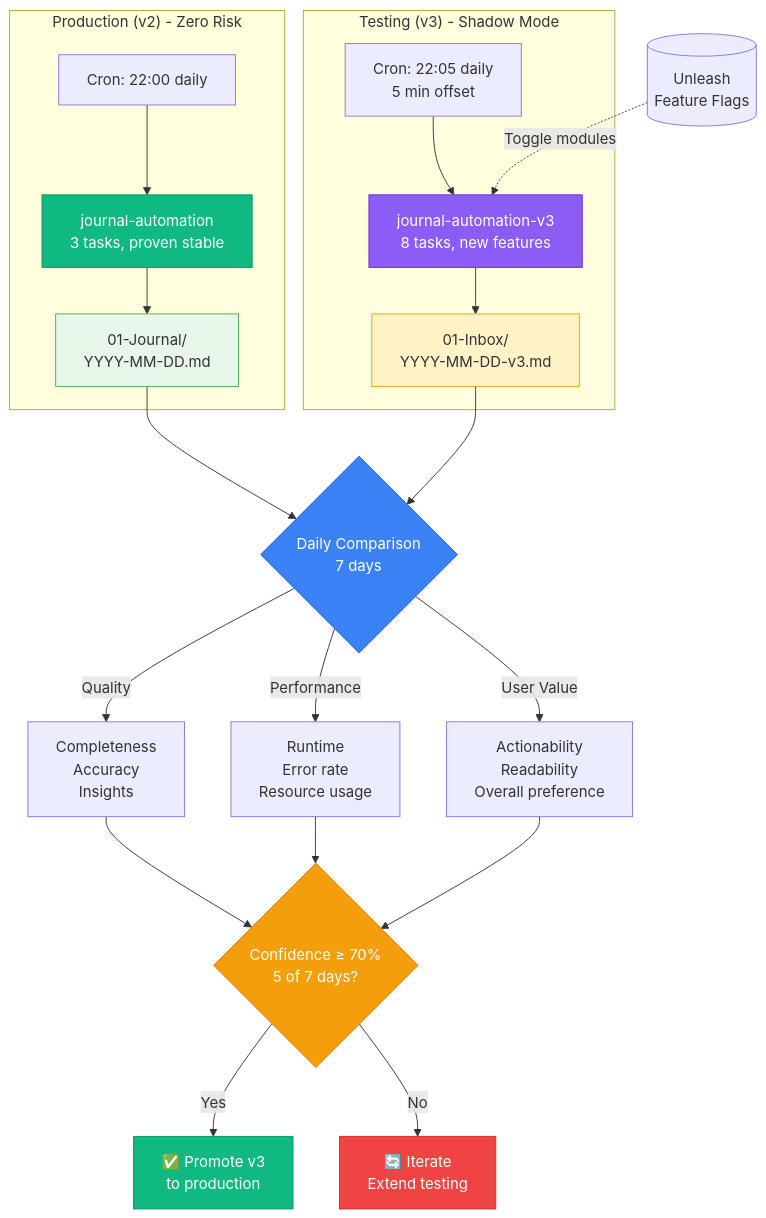
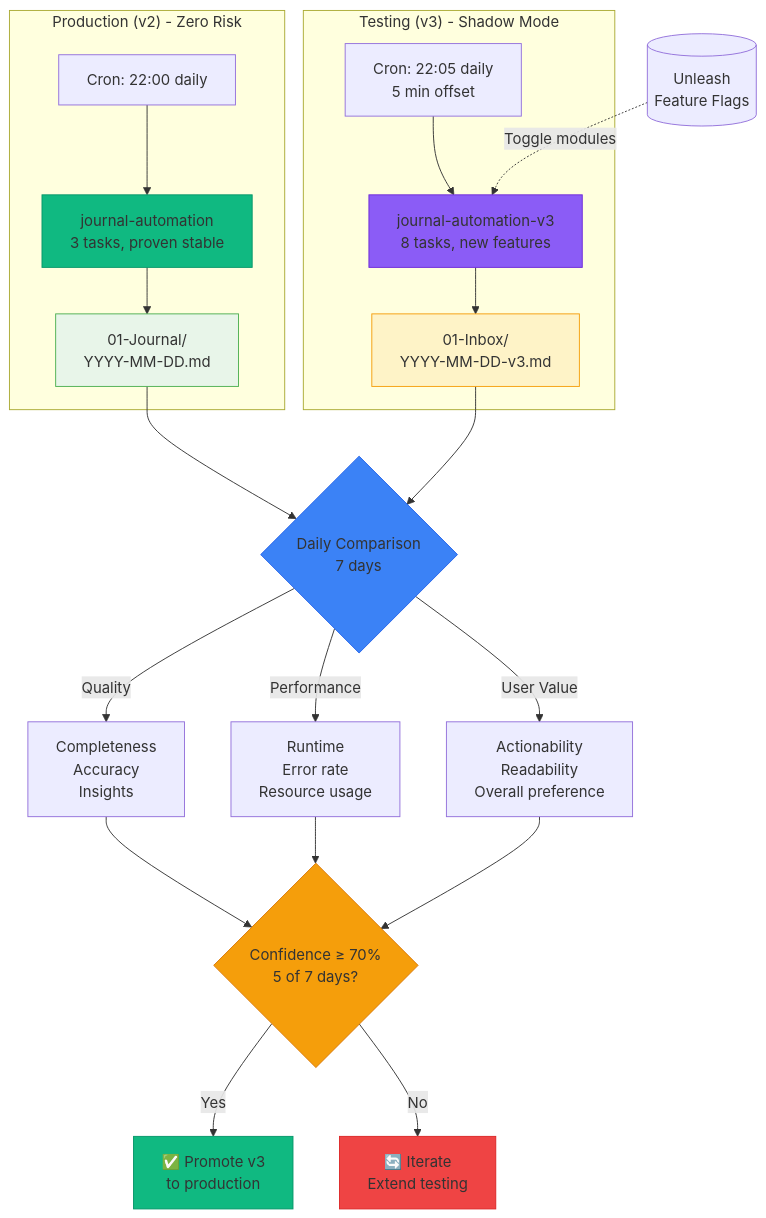
The sixth of 6 diagrams in src/data/blog/season-2-episode-4-three-systems-parallel-testing.md (rduffyuk/blog-astro), drawn with Mermaid before and after one commit. The commit also changed other lines of this file, not shown here.

Commit message:
Fix Mermaid syntax errors by removing invalid color properties
Mermaid doesn't support 'color:' in inline style declarations. Only
fill, stroke, and stroke-width are valid. Removed all invalid color
properties from diagrams.

Fixed in all diagrams with inline styles:
- Diagram 1: Removed color properties from theme init
- Diagram 3: Removed color properties from theme init
- Diagram 4: Removed color:#1f2937 from 6 styled nodes
- Diagram 6: Removed color:#fff from 6 styled nodes

Text color is now handled exclusively by CSS in global.css:
- html[data-theme="dark"] .mermaid svg text { fill: #eaedf3 }
- Works for all diagrams without inline style conflicts

This fixes the Mermaid syntax error at the bottom of the page.

🤖 Generated with [Claude Code](https://claude.com/claude-code)

````diff
--- a/src/data/blog/season-2-episode-4-three-systems-parallel-testing.md
+++ b/src/data/blog/season-2-episode-4-three-systems-parallel-testing.md
@@ -639,46 +639,46 @@
 ```mermaid
 graph TB
     subgraph Production["Production (v2) - Zero Risk"]
         V2Cron[Cron: 22:00 daily]
         V2Flow[journal-automation<br/>3 tasks, proven stable]
         V2Output[01-Journal/<br/>YYYY-MM-DD.md]
 
         V2Cron --> V2Flow --> V2Output
 
-        style V2Flow fill:#10b981,stroke:#059669,color:#fff
+        style V2Flow fill:#10b981,stroke:#059669
         style V2Output fill:#e8f5e9,stroke:#4caf50
     end
 
     subgraph Testing["Testing (v3) - Shadow Mode"]
         V3Cron[Cron: 22:05 daily<br/>5 min offset]
         V3Flow[journal-automation-v3<br/>8 tasks, new features]
         V3Output[01-Inbox/<br/>YYYY-MM-DD-v3.md]
 
         V3Cron --> V3Flow --> V3Output
 
-        style V3Flow fill:#8b5cf6,stroke:#6d28d9,color:#fff
+        style V3Flow fill:#8b5cf6,stroke:#6d28d9
         style V3Output fill:#fef3c7,stroke:#f59e0b
     end
 
     Compare{Daily Comparison<br/>7 days}
     V2Output --> Compare
     V3Output --> Compare
 
     Compare -->|Quality| Score1[Completeness<br/>Accuracy<br/>Insights]
     Compare -->|Performance| Score2[Runtime<br/>Error rate<br/>Resource usage]
     Compare -->|User Value| Score3[Actionability<br/>Readability<br/>Overall preference]
 
     Score1 --> Decision{Confidence ≥ 70%<br/>5 of 7 days?}
     Score2 --> Decision
     Score3 --> Decision
 
     Decision -->|Yes| Promote[✅ Promote v3<br/>to production]
     Decision -->|No| Iterate[🔄 Iterate<br/>Extend testing]
 
     Unleash[(Unleash<br/>Feature Flags)] -.->|Toggle modules| V3Flow
 
-    style Compare fill:#3b82f6,stroke:#2563eb,color:#fff
-    style Decision fill:#f59e0b,stroke:#d97706,color:#fff
-    style Promote fill:#10b981,stroke:#059669,color:#fff
-    style Iterate fill:#ef4444,stroke:#dc2626,color:#fff
+    style Compare fill:#3b82f6,stroke:#2563eb
+    style Decision fill:#f59e0b,stroke:#d97706
+    style Promote fill:#10b981,stroke:#059669
+    style Iterate fill:#ef4444,stroke:#dc2626
 ```
````
